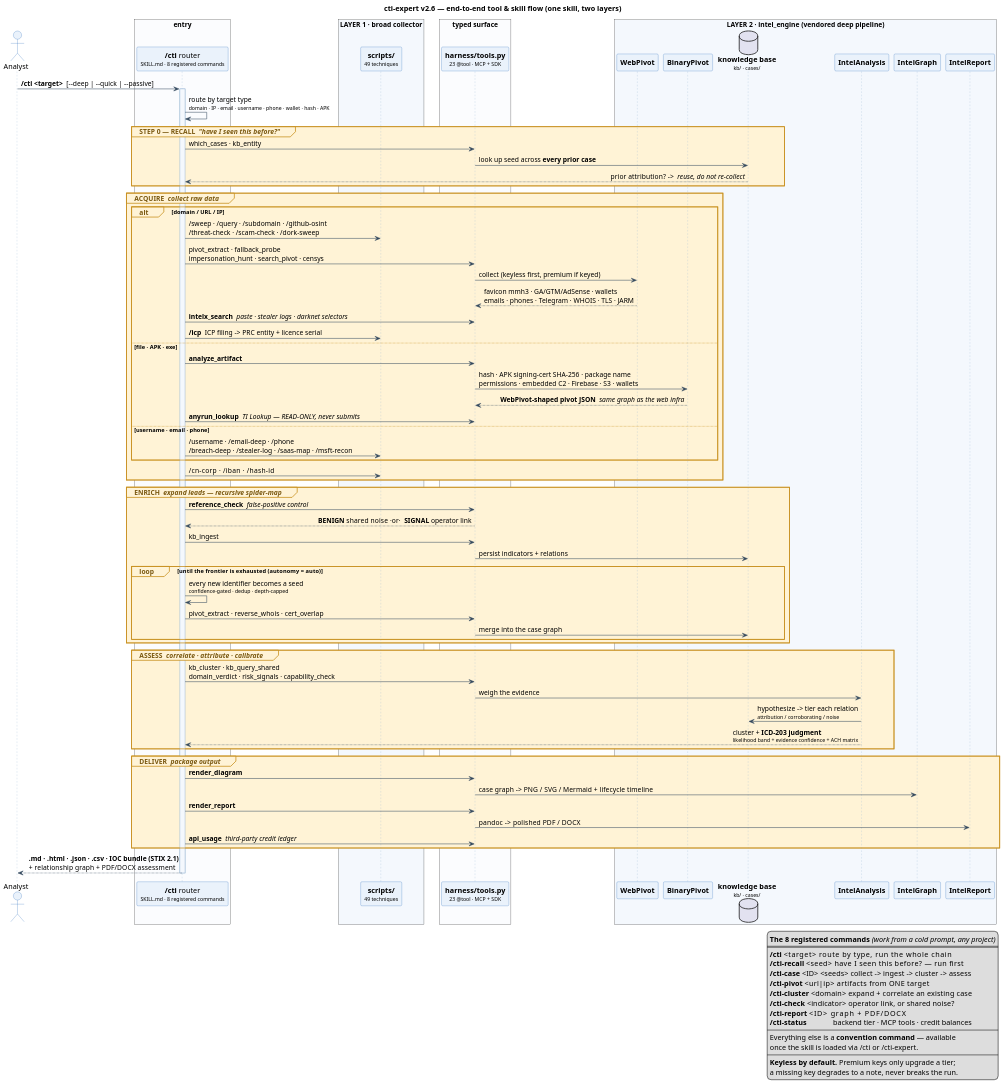
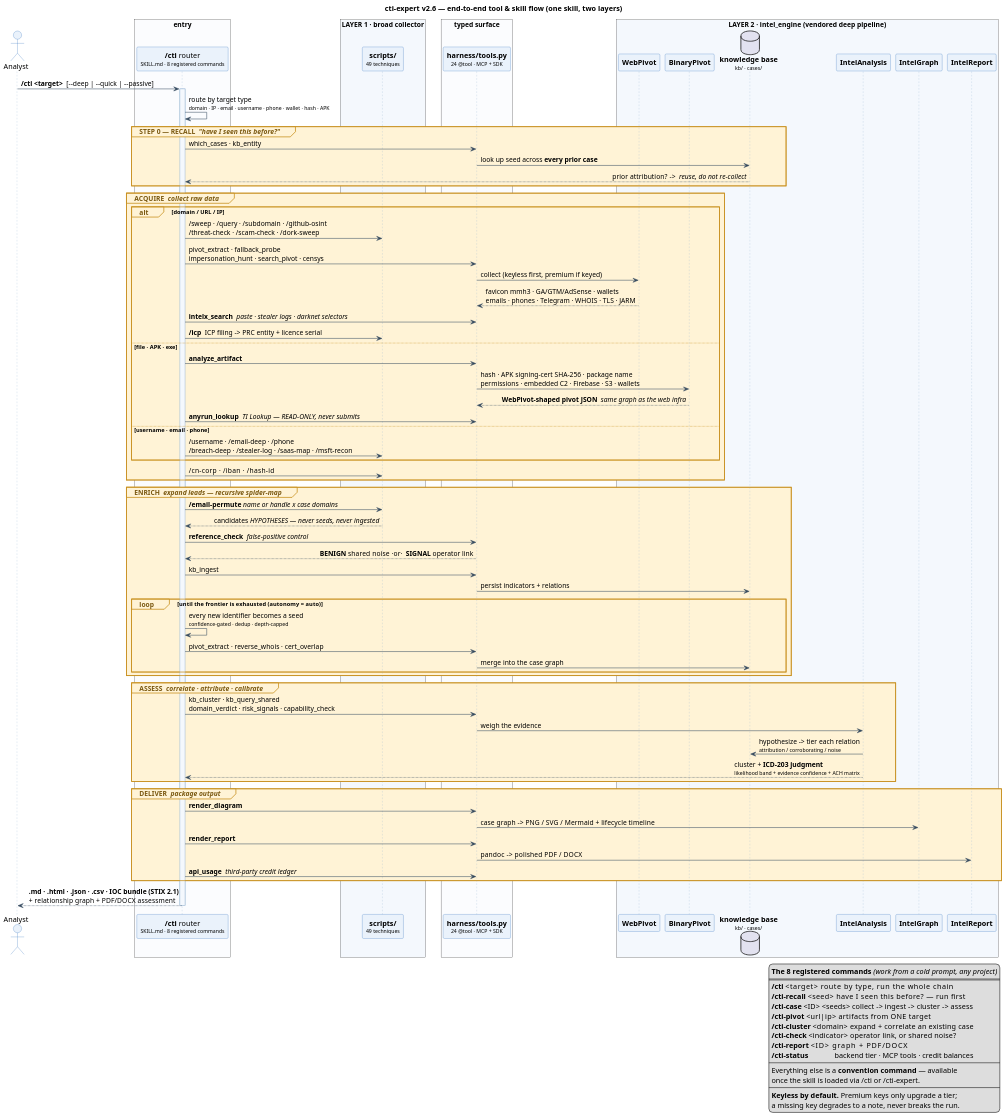
One commit to 7onez/cti-expert changed the diagram in workflow-skills.puml. Above: the diagram before and after it, drawn with PlantUML. The commit also changed 13 other files, not shown here.

```diff
--- a/workflow-skills.puml
+++ b/workflow-skills.puml
@@ -1,121 +1,123 @@
 @startuml
 title cti-expert v2.6 — end-to-end tool & skill flow (one skill, two layers)
 skinparam shadowing false
 skinparam dpi 150
 skinparam defaultFontName "Segoe UI"
 skinparam sequenceMessageAlign direction
 skinparam BoxPadding 14
 skinparam sequence {
   ArrowColor #34495E
   LifeLineBorderColor #9BB7D4
   LifeLineBackgroundColor #F4F8FD
   ParticipantBorderColor #2C6FBB
   ParticipantBackgroundColor #EAF2FB
   ActorBorderColor #2C6FBB
   ActorBackgroundColor #EAF2FB
   GroupBorderColor #C8901F
   GroupBackgroundColor #FFF3D6
   GroupHeaderFontColor #7A5810
 }
 
 actor "Analyst" as A
 
 box "entry" #FBFCFE
   participant "**/cti** router\n<size:10>SKILL.md · 8 registered commands</size>" as CTI
 end box
 
 box "LAYER 1 · broad collector" #F4F8FD
   participant "**scripts/**\n<size:10>49 techniques</size>" as L1
 end box
 
 box "typed surface" #FBFCFE
-  participant "**harness/tools.py**\n<size:10>23 @tool · MCP + SDK</size>" as MCP
+  participant "**harness/tools.py**\n<size:10>24 @tool · MCP + SDK</size>" as MCP
 end box
 
 box "LAYER 2 · intel_engine (vendored deep pipeline)" #F4F8FD
   participant "**WebPivot**" as WP
   participant "**BinaryPivot**" as BP
   database "**knowledge base**\n<size:10>kb/ · cases/</size>" as KB
   participant "**IntelAnalysis**" as IA
   participant "**IntelGraph**" as IG
   participant "**IntelReport**" as IR
 end box
 
 A -> CTI : **/cti <target>**  [~--deep | ~--quick | ~--passive]
 activate CTI
 CTI -> CTI : route by target type\n<size:10>domain · IP · email · username · phone · wallet · hash · APK</size>
 
 group #FFF3D6 STEP 0 — RECALL  //"have I seen this before?"//
   CTI -> MCP : which_cases · kb_entity
   MCP -> KB : look up seed across **every prior case**
   KB --> CTI : prior attribution?  ->  //reuse, do not re-collect//
 end
 
 group #FFF3D6 ACQUIRE  //collect raw data//
   alt domain / URL / IP
     CTI -> L1 : /sweep · /query · /subdomain · /github-osint\n/threat-check · /scam-check · /dork-sweep
     CTI -> MCP : pivot_extract · fallback_probe\nimpersonation_hunt · search_pivot · censys
     MCP -> WP : collect (keyless first, premium if keyed)
     WP --> MCP : favicon mmh3 · GA/GTM/AdSense · wallets\nemails · phones · Telegram · WHOIS · TLS · JARM
     CTI -> MCP : **intelx_search**  //paste · stealer logs · darknet selectors//
     CTI -> L1 : **/icp**  ICP filing -> PRC entity + licence serial
   else file · APK · exe
     CTI -> MCP : **analyze_artifact**
     MCP -> BP : hash · APK signing-cert SHA-256 · package name\npermissions · embedded C2 · Firebase · S3 · wallets
     BP --> MCP : **WebPivot-shaped pivot JSON**  //same graph as the web infra//
     CTI -> MCP : **anyrun_lookup**  //TI Lookup — READ-ONLY, never submits//
   else username · email · phone
     CTI -> L1 : /username · /email-deep · /phone\n/breach-deep · /stealer-log · /saas-map · /msft-recon
   end
   CTI -> L1 : /cn-corp  ·  /iban  ·  /hash-id
 end
 
 group #FFF3D6 ENRICH  //expand leads — recursive spider-map//
+  CTI -> L1 : **/email-permute** //name or handle x case domains//
+  L1 --> CTI : candidates //HYPOTHESES — never seeds, never ingested//
   CTI -> MCP : **reference_check**  //false-positive control//
   MCP --> CTI : **BENIGN** shared noise  ·or·  **SIGNAL** operator link
   CTI -> MCP : kb_ingest
   MCP -> KB : persist indicators + relations
   loop until the frontier is exhausted   (autonomy = auto)
     CTI -> CTI : every new identifier becomes a seed\n<size:10>confidence-gated · dedup · depth-capped</size>
     CTI -> MCP : pivot_extract · reverse_whois · cert_overlap
     MCP -> KB : merge into the case graph
   end
 end
 
 group #FFF3D6 ASSESS  //correlate · attribute · calibrate//
   CTI -> MCP : kb_cluster · kb_query_shared\ndomain_verdict · risk_signals · capability_check
   MCP -> IA : weigh the evidence
   IA -> KB : hypothesize -> tier each relation\n<size:10>attribution / corroborating / noise</size>
   IA --> CTI : cluster + **ICD-203 judgment**\n<size:10>likelihood band + evidence confidence + ACH matrix</size>
 end
 
 group #FFF3D6 DELIVER  //package output//
   CTI -> MCP : **render_diagram**
   MCP -> IG : case graph  ->  PNG / SVG / Mermaid + lifecycle timeline
   CTI -> MCP : **render_report**
   MCP -> IR : pandoc  ->  polished PDF / DOCX
   CTI -> MCP : **api_usage**  //third-party credit ledger//
 end
 
 CTI --> A : **.md · .html · .json · .csv · IOC bundle (STIX 2.1)**\n+ relationship graph  +  PDF/DOCX assessment
 deactivate CTI
 
 legend right
   **The 8 registered commands** //(work from a cold prompt, any project)//
   ====
   **/cti** <target>            route by type, run the whole chain
   **/cti-recall** <seed>       have I seen this before?  — run first
   **/cti-case** <ID> <seeds>   collect -> ingest -> cluster -> assess
   **/cti-pivot** <url|ip>      artifacts from ONE target
   **/cti-cluster** <domain>    expand + correlate an existing case
   **/cti-check** <indicator>   operator link, or shared noise?
   **/cti-report** <ID>         graph + PDF/DOCX
   **/cti-status**              backend tier · MCP tools · credit balances
   ----
   Everything else is a **convention command** — available
   once the skill is loaded via /cti or /cti-expert.
   ----
   **Keyless by default.** Premium keys only upgrade a tier;
   a missing key degrades to a note, never breaks the run.
 endlegend
 @enduml
```
